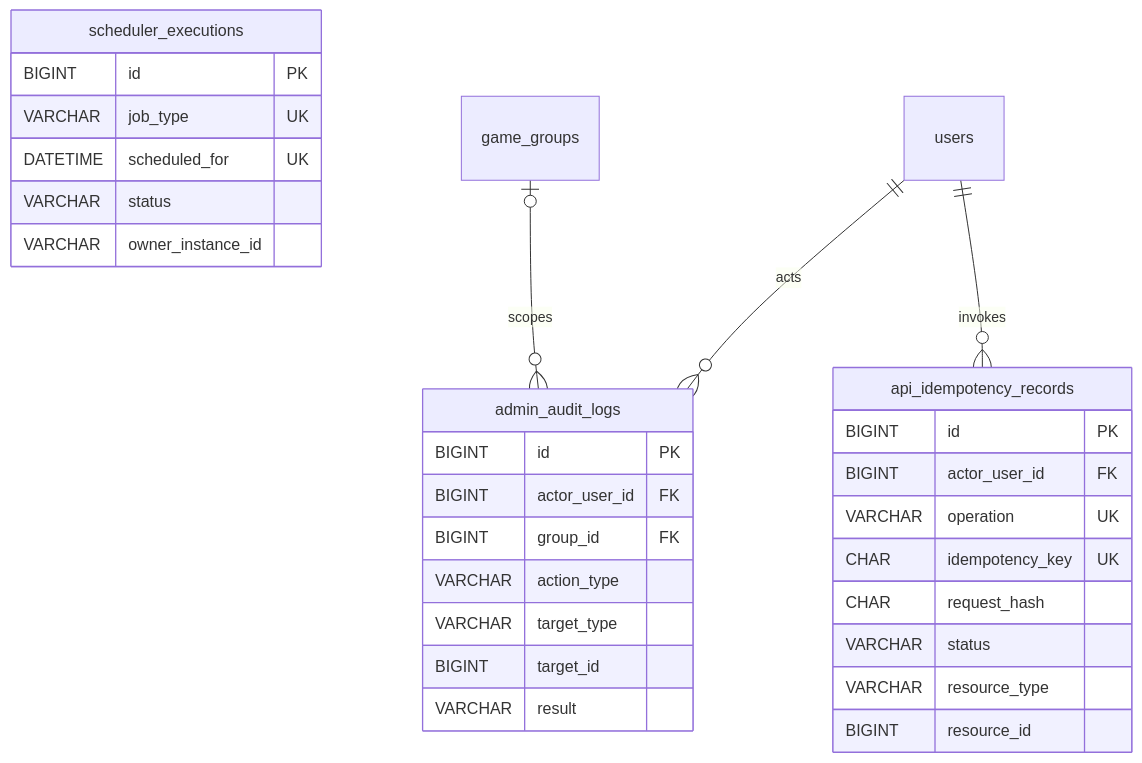
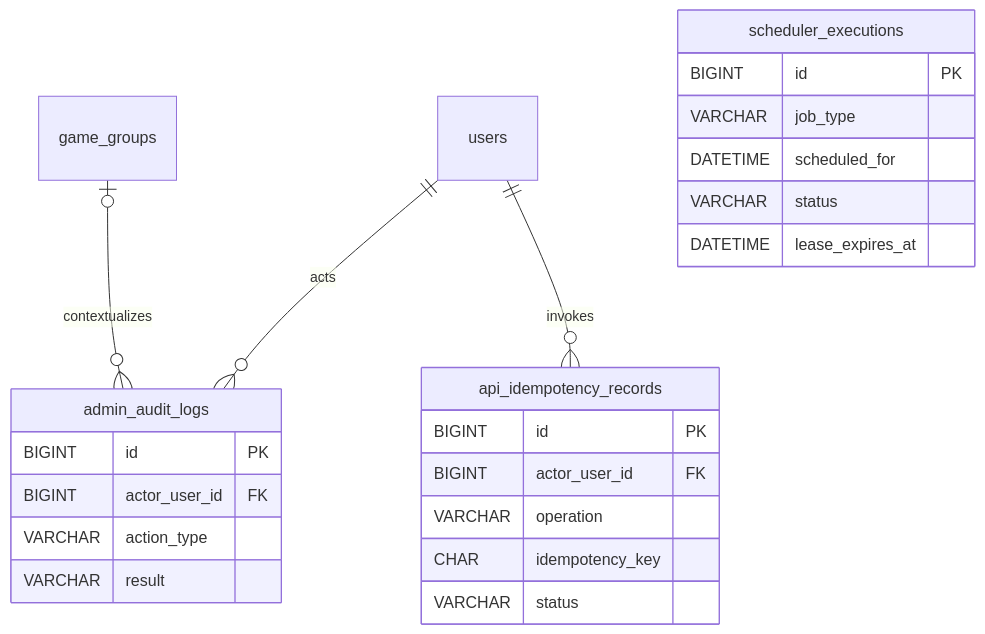
The fifth of 5 diagrams in docs/database-design.md (heebaek200/shared-creature-game), drawn with Mermaid before and after one commit. The commit also changed other lines of this file and 5 other files, not shown here.

````diff
--- a/docs/database-design.md
+++ b/docs/database-design.md
@@ -436,33 +180,26 @@
 ```mermaid
 erDiagram
+    users ||--o{ admin_audit_logs : acts
+    users ||--o{ api_idempotency_records : invokes
+    game_groups o|--o{ admin_audit_logs : contextualizes
     scheduler_executions {
         BIGINT id PK
-        VARCHAR job_type UK
-        DATETIME scheduled_for UK
+        VARCHAR job_type
+        DATETIME scheduled_for
         VARCHAR status
-        VARCHAR owner_instance_id
+        DATETIME lease_expires_at
     }
     admin_audit_logs {
         BIGINT id PK
         BIGINT actor_user_id FK
-        BIGINT group_id FK
         VARCHAR action_type
-        VARCHAR target_type
-        BIGINT target_id
         VARCHAR result
     }
     api_idempotency_records {
         BIGINT id PK
         BIGINT actor_user_id FK
-        VARCHAR operation UK
-        CHAR idempotency_key UK
-        CHAR request_hash
+        VARCHAR operation
+        CHAR idempotency_key
         VARCHAR status
-        VARCHAR resource_type
-        BIGINT resource_id
     }
-
-    users ||--o{ admin_audit_logs : acts
-    users ||--o{ api_idempotency_records : invokes
-    game_groups o|--o{ admin_audit_logs : scopes
 ```
````
